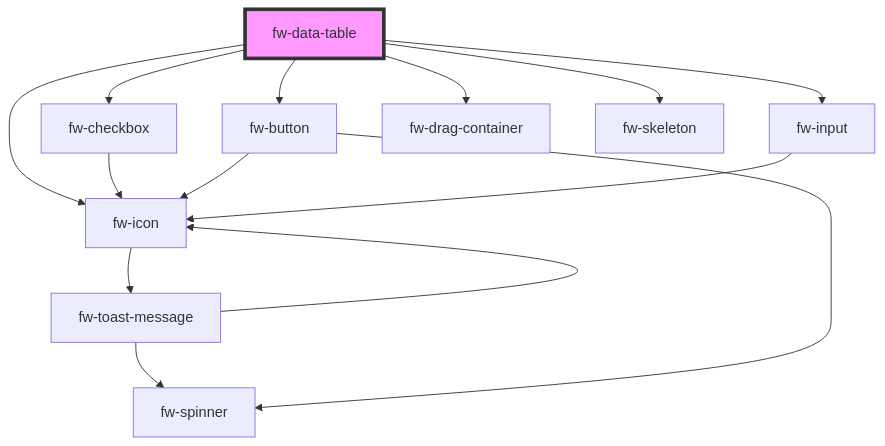
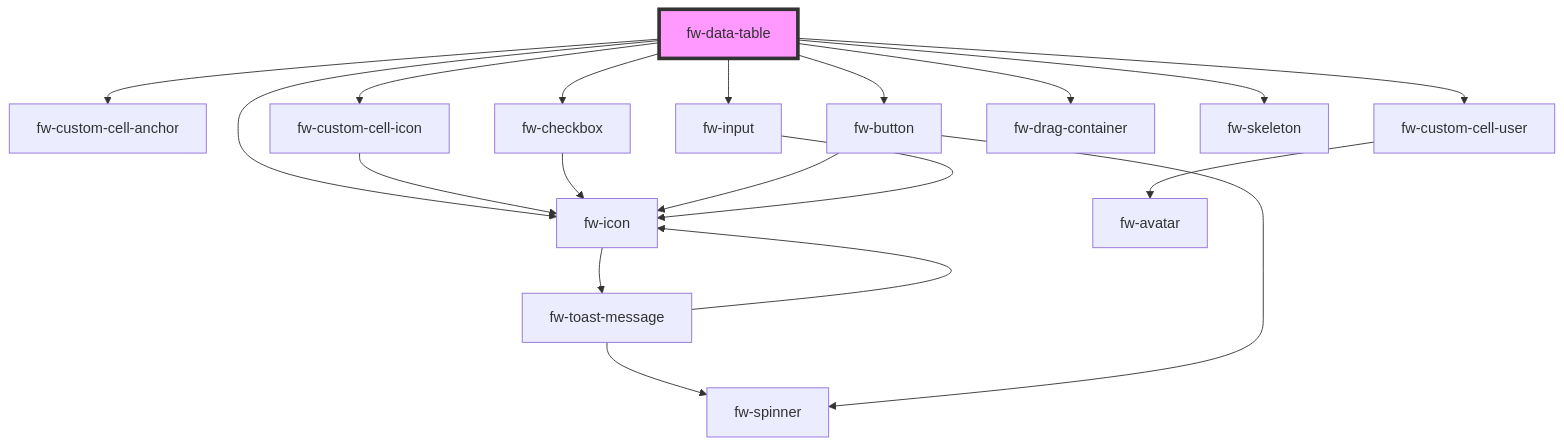
The diagram in packages/crayons-core/src/components/data-table/readme.md (freshworks/crayons), drawn with Mermaid before and after one commit. The commit also changed other lines of this file and 4 other files, not shown here.

Commit message:
fix(data-table): adding cell variants as dependency to data-table

````diff
--- a/packages/crayons-core/src/components/data-table/readme.md
+++ b/packages/crayons-core/src/components/data-table/readme.md
@@ -1778,17 +1781,22 @@
 ```mermaid
 graph TD;
+  fw-data-table --> fw-custom-cell-anchor
+  fw-data-table --> fw-custom-cell-user
+  fw-data-table --> fw-custom-cell-icon
   fw-data-table --> fw-checkbox
   fw-data-table --> fw-button
   fw-data-table --> fw-icon
   fw-data-table --> fw-input
   fw-data-table --> fw-drag-container
   fw-data-table --> fw-skeleton
-  fw-checkbox --> fw-icon
+  fw-custom-cell-user --> fw-avatar
+  fw-custom-cell-icon --> fw-icon
   fw-icon --> fw-toast-message
   fw-toast-message --> fw-spinner
   fw-toast-message --> fw-icon
+  fw-checkbox --> fw-icon
   fw-button --> fw-spinner
   fw-button --> fw-icon
   fw-input --> fw-icon
   style fw-data-table fill:#f9f,stroke:#333,stroke-width:4px
 ```
````
